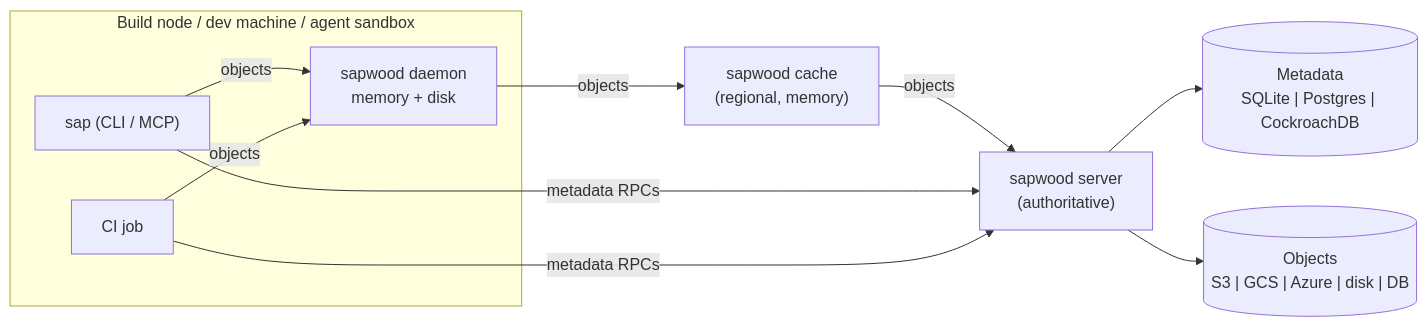
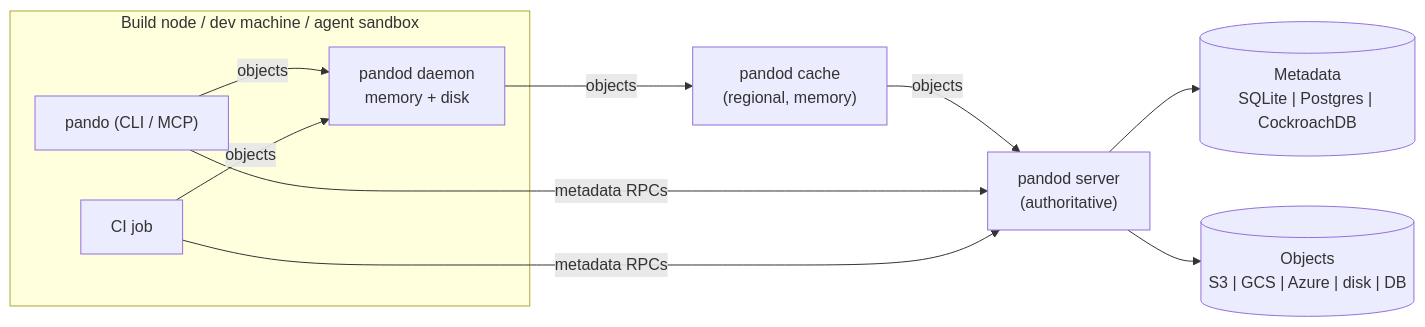
One commit to kabirnarang39/pando changed the diagram in docs/ARCHITECTURE.md. Above: the diagram before and after it, drawn with Mermaid. The commit also changed other lines of this file and 218 other files, not shown here.

First line of the commit message:
Rename Sapwood to Pando (2.0.0) (#26)

````diff
--- a/docs/ARCHITECTURE.md
+++ b/docs/ARCHITECTURE.md
@@ -11,13 +11,13 @@
 ```mermaid
 flowchart LR
   subgraph node["Build node / dev machine / agent sandbox"]
-    sap1["sap (CLI / MCP)"] -->|objects| daemon["sapwood daemon\nmemory + disk"]
+    sap1["pando (CLI / MCP)"] -->|objects| daemon["pandod daemon\nmemory + disk"]
     sap2["CI job"] -->|objects| daemon
   end
-  daemon -->|objects| cache["sapwood cache\n(regional, memory)"]
-  cache -->|objects| server["sapwood server\n(authoritative)"]
+  daemon -->|objects| cache["pandod cache\n(regional, memory)"]
+  cache -->|objects| server["pandod server\n(authoritative)"]
   sap1 -->|metadata RPCs| server
   sap2 -->|metadata RPCs| server
   server --> meta[("Metadata\nSQLite | Postgres | CockroachDB")]
   server --> blobs[("Objects\nS3 | GCS | Azure | disk | DB")]
 ```
````
